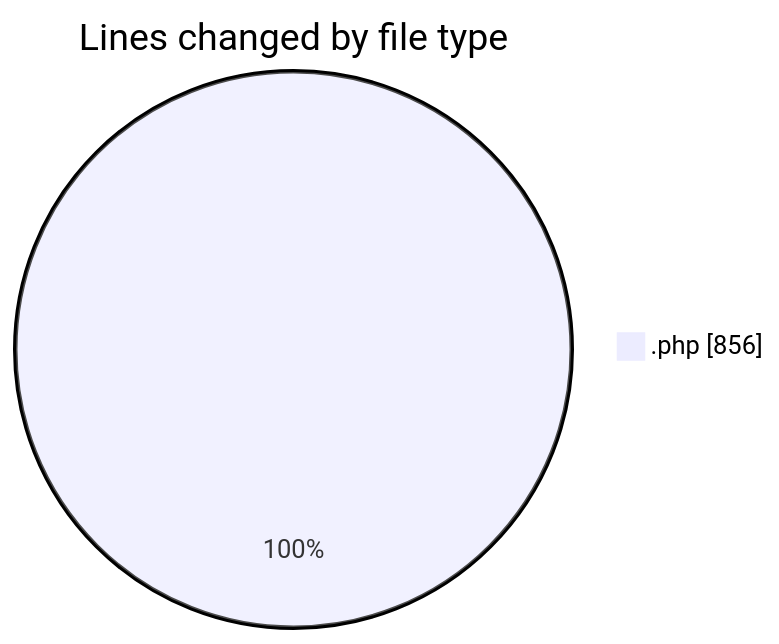
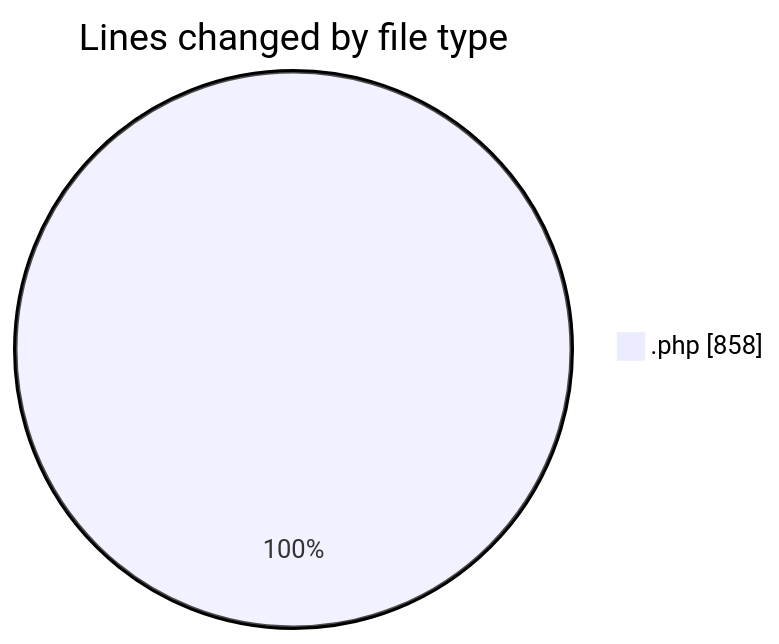
One commit to LanceThiago/code-tracking changed the first of 2 diagrams in 2025-11-04/web/README.md. Above: the diagram before and after it, drawn with Mermaid. The commit also changed other lines of this file and 1 other file, not shown here.

````diff
--- a/2025-11-04/web/README.md
+++ b/2025-11-04/web/README.md
@@ -29,5 +29,5 @@
 ```mermaid
 pie showData
 title Lines changed by file type
-".php" : 856
+".php" : 858
 ```
````
